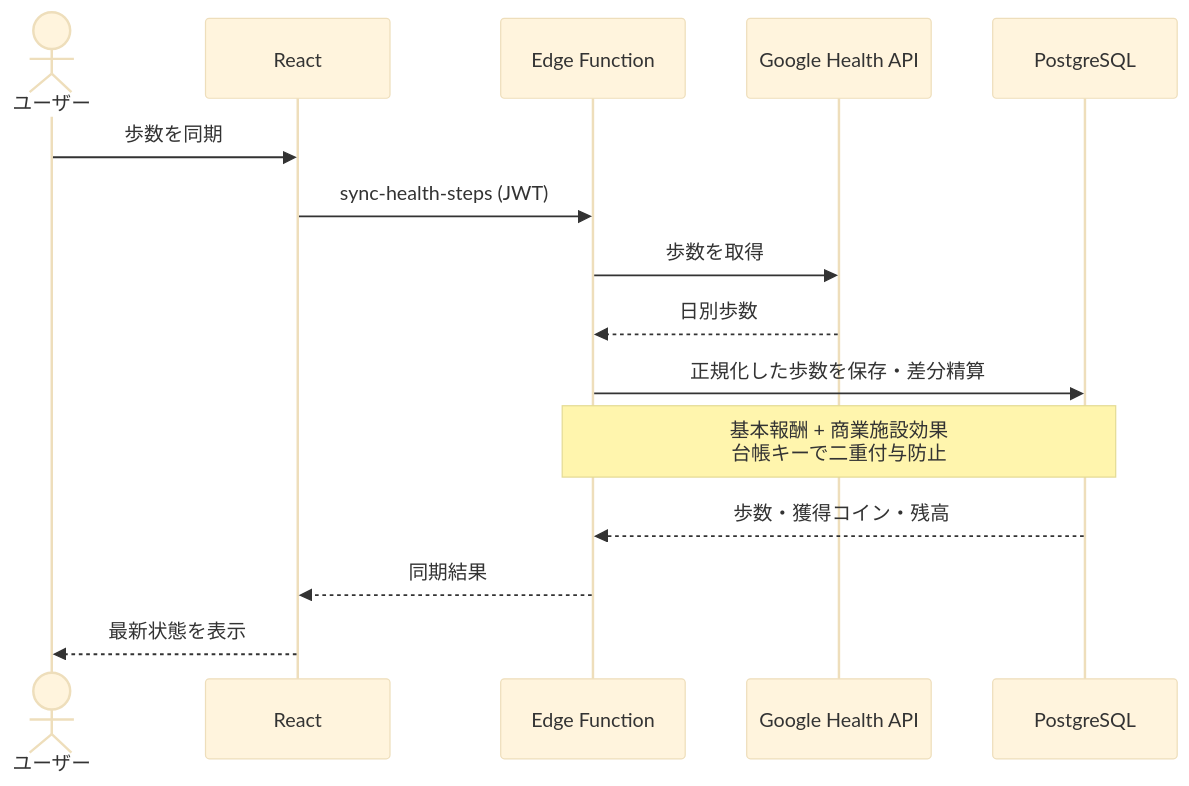
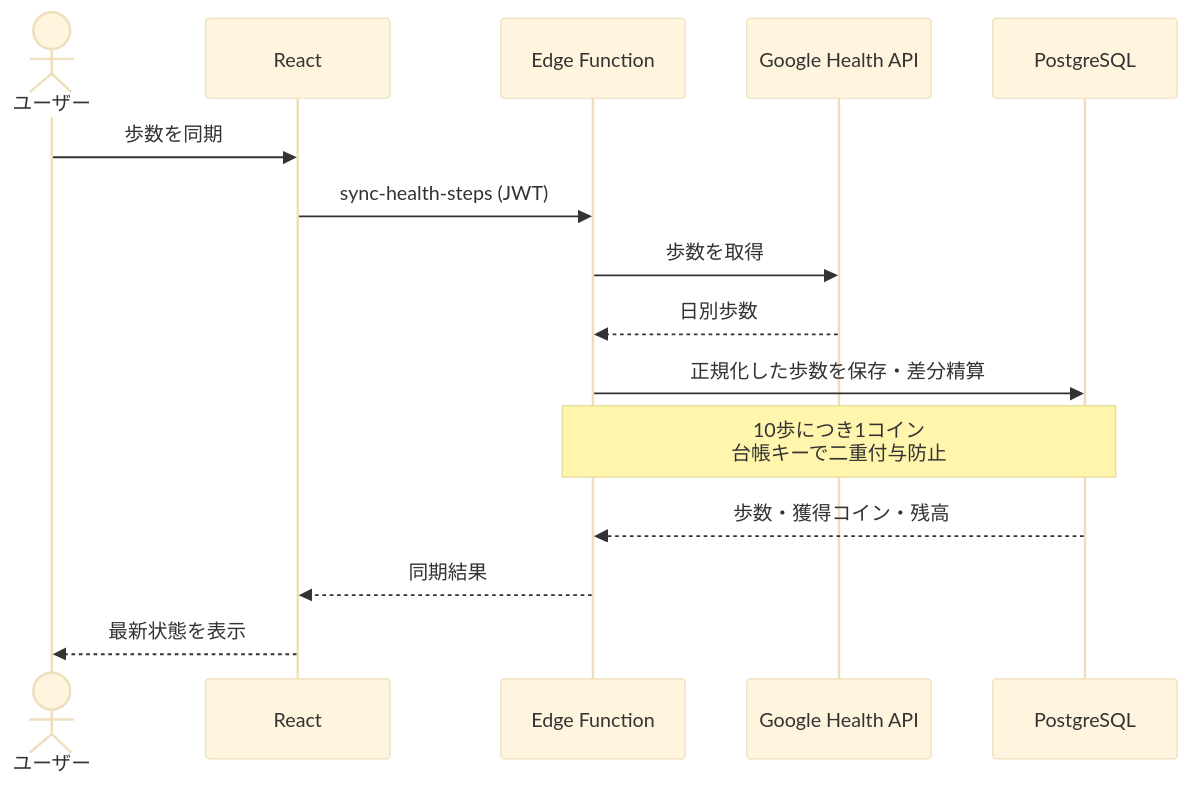
Before and after one commit to Megane14916/walk-city: the third of 6 diagrams in docs/architecture.md, drawn with Mermaid (base theme). The commit also changed other lines of this file and 14 other files, not shown here.

````diff
--- a/docs/architecture.md
+++ b/docs/architecture.md
@@ -68,18 +68,18 @@
 ```mermaid
 sequenceDiagram
     actor User as ユーザー
     participant FE as React
     participant Edge as Edge Function
     participant Health as Google Health API
     participant DB as PostgreSQL
 
     User->>FE: 歩数を同期
     FE->>Edge: sync-health-steps (JWT)
     Edge->>Health: 歩数を取得
     Health-->>Edge: 日別歩数
     Edge->>DB: 正規化した歩数を保存・差分精算
-    Note over Edge,DB: 基本報酬 + 商業施設効果<br/>台帳キーで二重付与防止
+    Note over Edge,DB: 10歩につき1コイン<br/>台帳キーで二重付与防止
     DB-->>Edge: 歩数・獲得コイン・残高
     Edge-->>FE: 同期結果
     FE-->>User: 最新状態を表示
 ```
````
